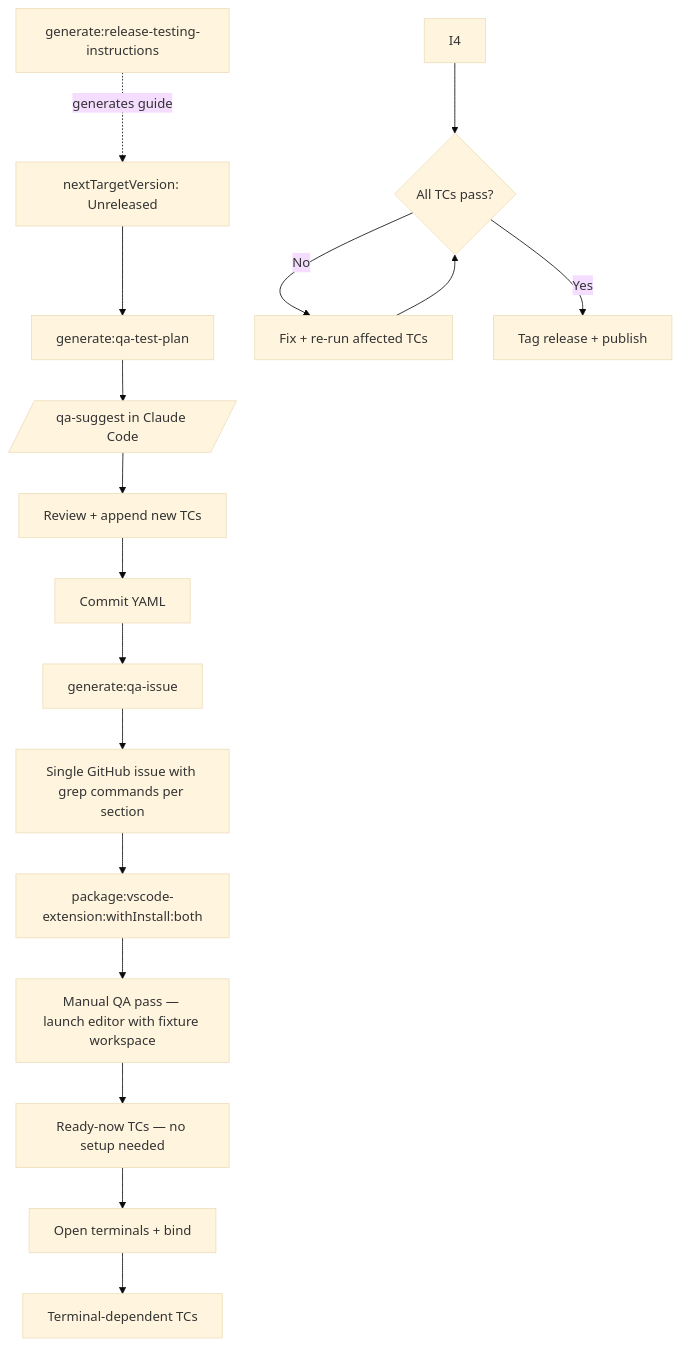
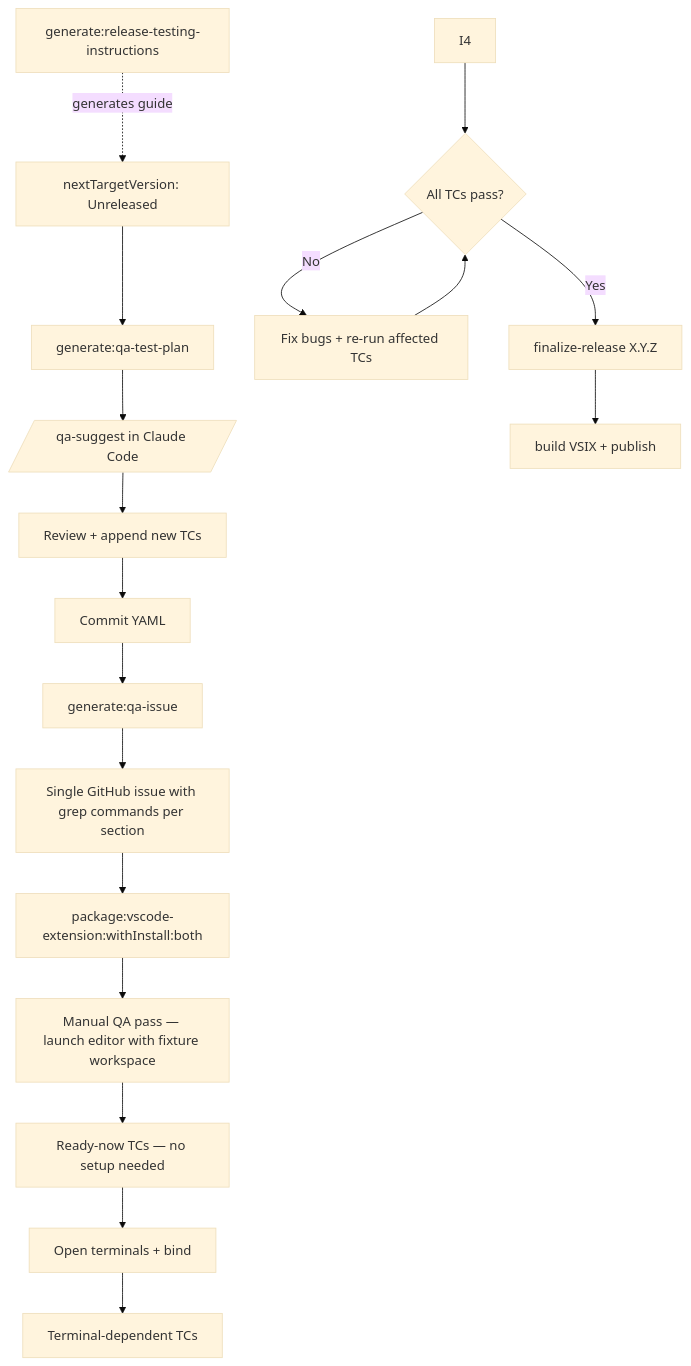
Before and after one commit to couimet/rangeLink: the first of 2 diagrams in packages/rangelink-vscode-extension/TESTING.md, drawn with Mermaid (base theme). The commit also changed other lines of this file and 6 other files, not shown here.

````diff
--- a/packages/rangelink-vscode-extension/TESTING.md
+++ b/packages/rangelink-vscode-extension/TESTING.md
@@ -37,19 +39,20 @@
 ```mermaid
 flowchart TD
     Z[generate:release-testing-instructions] -.->|generates guide| A
     A[nextTargetVersion: Unreleased] --> B[generate:qa-test-plan]
     B --> C[/qa-suggest in Claude Code/]
     C --> D[Review + append new TCs]
     D --> E[Commit YAML]
     E --> F[generate:qa-issue]
     F --> G[Single GitHub issue with grep commands per section]
     G --> H[package:vscode-extension:withInstall:both]
     H --> I[Manual QA pass — launch editor with fixture workspace]
     I --> I1[Ready-now TCs — no setup needed]
     I1 --> I2[Open terminals + bind]
     I2 --> I3[Terminal-dependent TCs]
     I4 --> J{All TCs pass?}
-    J -- No --> K[Fix + re-run affected TCs]
+    J -- No --> K[Fix bugs + re-run affected TCs]
     K --> J
-    J -- Yes --> L[Tag release + publish]
+    J -- Yes --> L[finalize-release X.Y.Z]
+    L --> M[build VSIX + publish]
 ```
````
